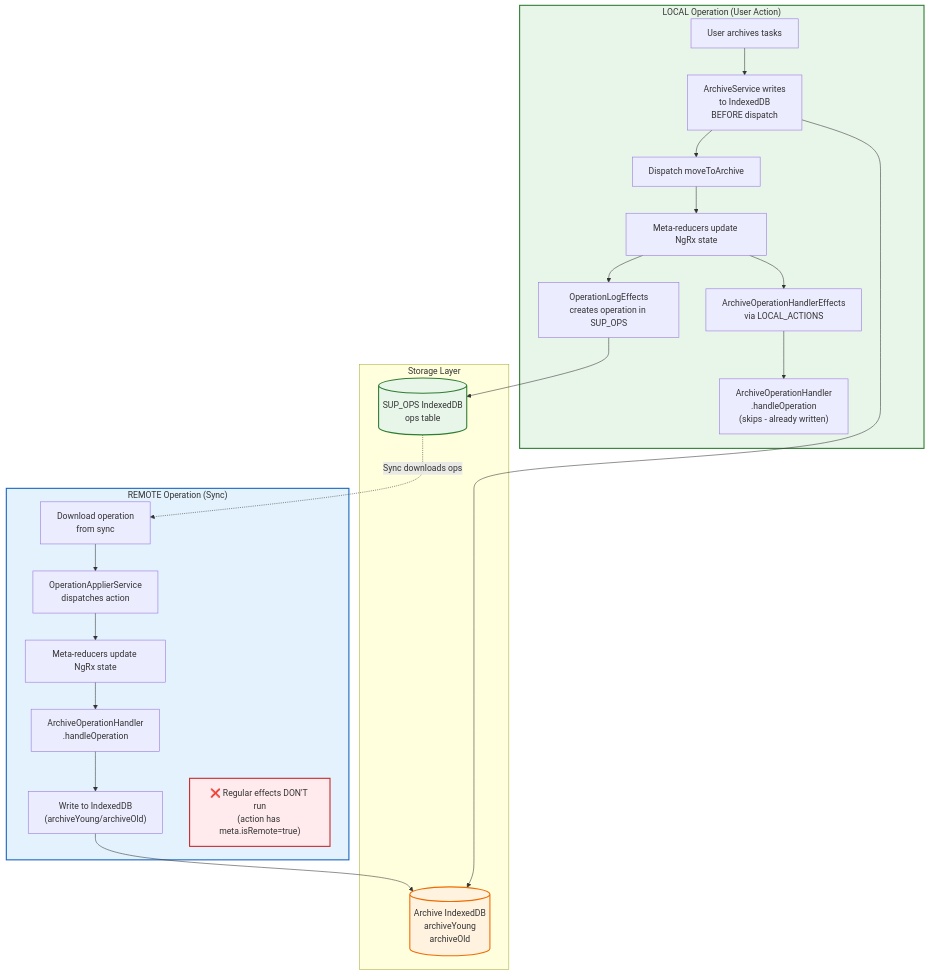
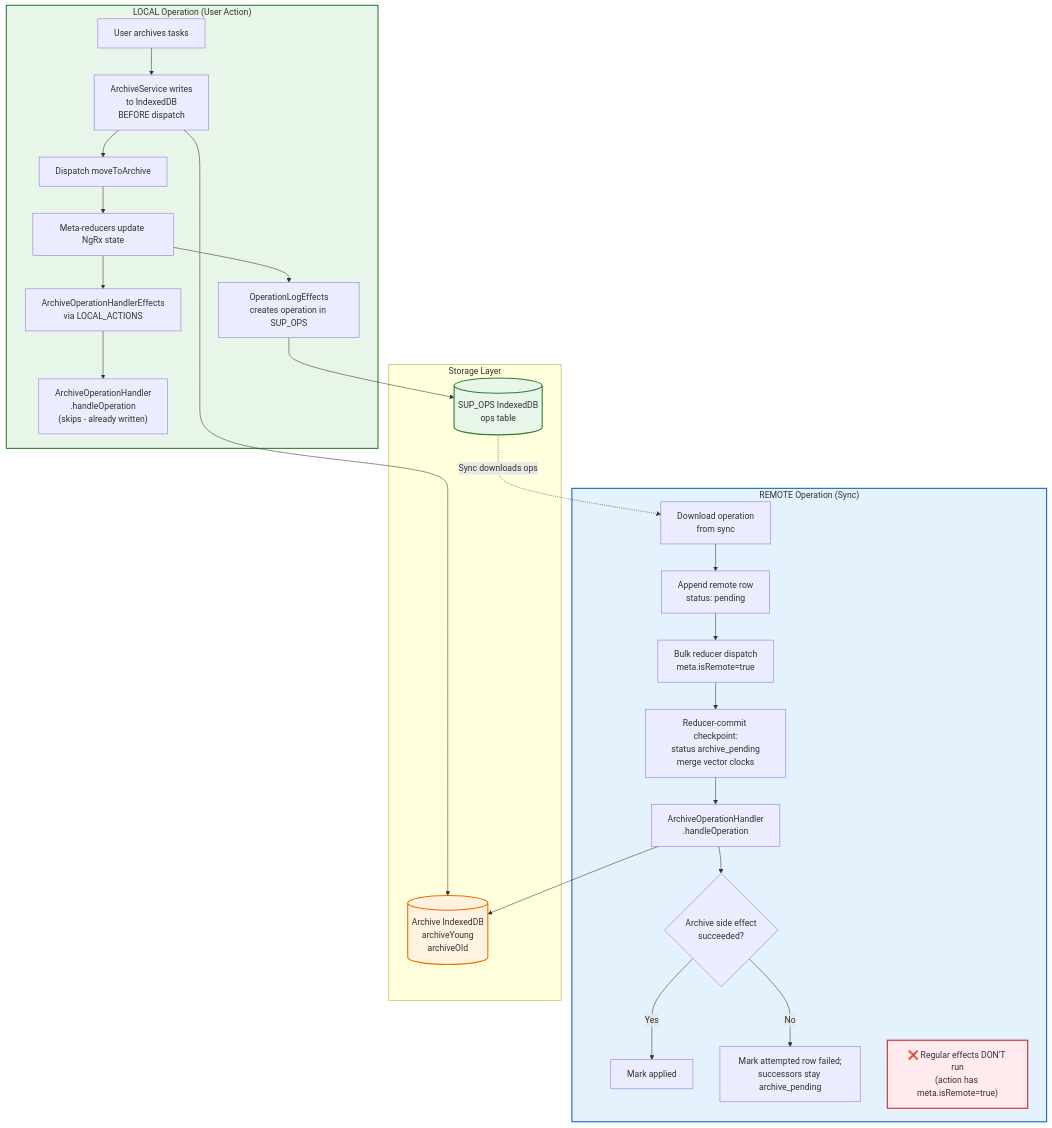
The third of 6 diagrams in docs/sync-and-op-log/diagrams/06-archive-operations.md (Swastik023/offline-productivity-desktop), drawn with Mermaid before and after one commit. The commit also changed other lines of this file and 34 other files, not shown here.

````diff
--- a/docs/sync-and-op-log/diagrams/06-archive-operations.md
+++ b/docs/sync-and-op-log/diagrams/06-archive-operations.md
@@ -77,36 +77,39 @@
 ```mermaid
 flowchart TD
     subgraph LocalOp["LOCAL Operation (User Action)"]
         L1[User archives tasks] --> L2["ArchiveService writes<br/>to IndexedDB<br/>BEFORE dispatch"]
         L2 --> L3[Dispatch moveToArchive]
         L3 --> L4[Meta-reducers update NgRx state]
         L4 --> L5[ArchiveOperationHandlerEffects<br/>via LOCAL_ACTIONS]
         L5 --> L6["ArchiveOperationHandler<br/>.handleOperation<br/>(skips - already written)"]
         L4 --> L7[OperationLogEffects<br/>creates operation in SUP_OPS]
     end
 
     subgraph RemoteOp["REMOTE Operation (Sync)"]
-        R1[Download operation<br/>from sync] --> R2[OperationApplierService<br/>dispatches action]
-        R2 --> R3[Meta-reducers update NgRx state]
-        R3 --> R4["ArchiveOperationHandler<br/>.handleOperation"]
-        R4 --> R5["Write to IndexedDB<br/>(archiveYoung/archiveOld)"]
+        R1[Download operation<br/>from sync] --> R2["Append remote row<br/>status: pending"]
+        R2 --> R3["Bulk reducer dispatch<br/>meta.isRemote=true"]
+        R3 --> R4["Reducer-commit checkpoint:<br/>status archive_pending<br/>merge vector clocks"]
+        R4 --> R5["ArchiveOperationHandler<br/>.handleOperation"]
+        R5 --> R6{"Archive side effect<br/>succeeded?"}
+        R6 -->|Yes| R7["Mark applied"]
+        R6 -->|No| R8["Mark attempted row failed;<br/>successors stay archive_pending"]
 
         NoEffect["❌ Regular effects DON'T run<br/>(action has meta.isRemote=true)"]
     end
 
     subgraph Storage["Storage Layer"]
         ArchiveDB[("Archive IndexedDB<br/>archiveYoung<br/>archiveOld")]
         SUPOPS_DB[("SUP_OPS IndexedDB<br/>ops table")]
     end
 
     L2 --> ArchiveDB
     L7 --> SUPOPS_DB
     R5 --> ArchiveDB
     SUPOPS_DB -.->|"Sync downloads ops"| R1
 
     style LocalOp fill:#e8f5e9,stroke:#2e7d32,stroke-width:2px
     style RemoteOp fill:#e3f2fd,stroke:#1565c0,stroke-width:2px
     style NoEffect fill:#ffebee,stroke:#c62828,stroke-width:2px
     style ArchiveDB fill:#fff3e0,stroke:#ef6c00,stroke-width:2px
     style SUPOPS_DB fill:#e8f5e9,stroke:#2e7d32,stroke-width:2px
 ```
````
